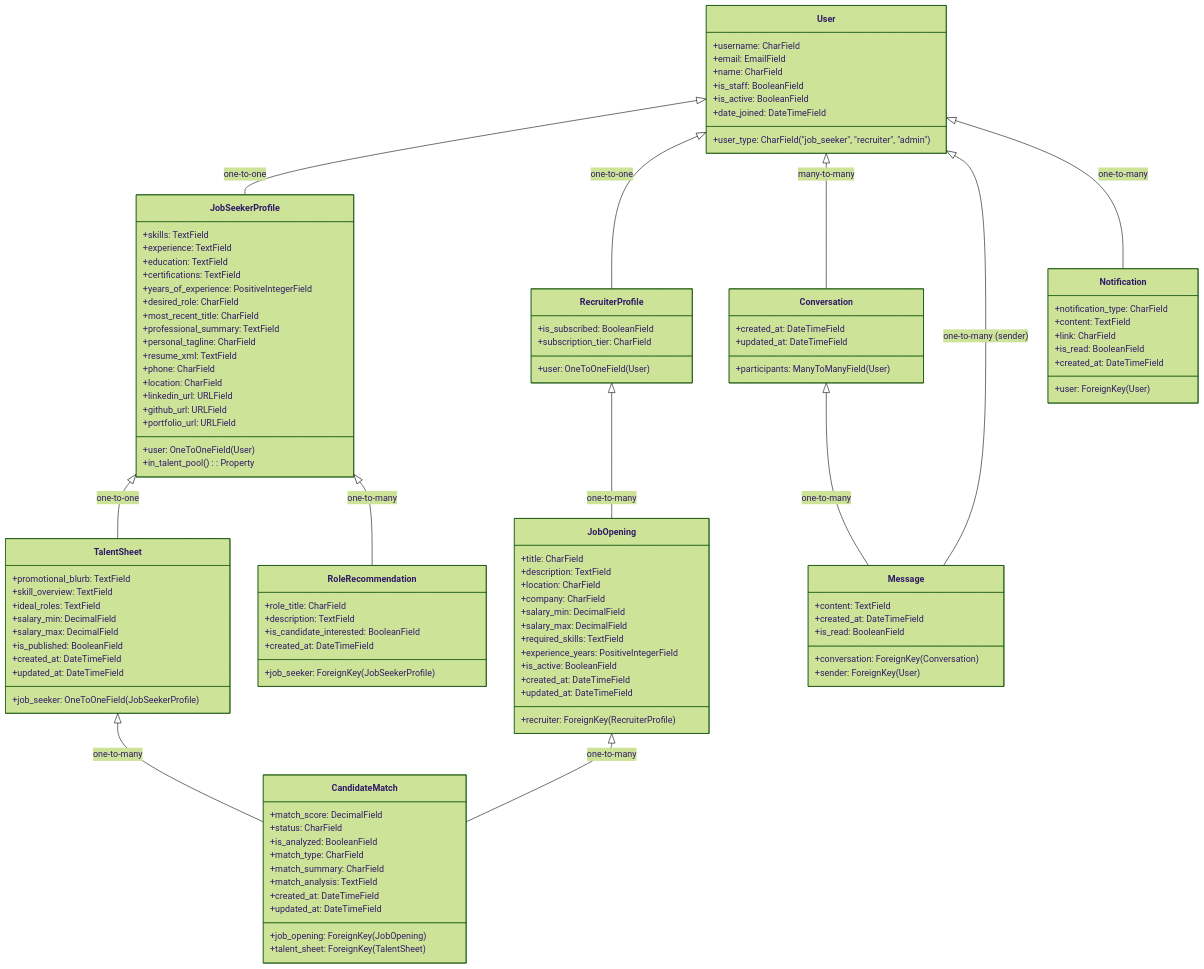
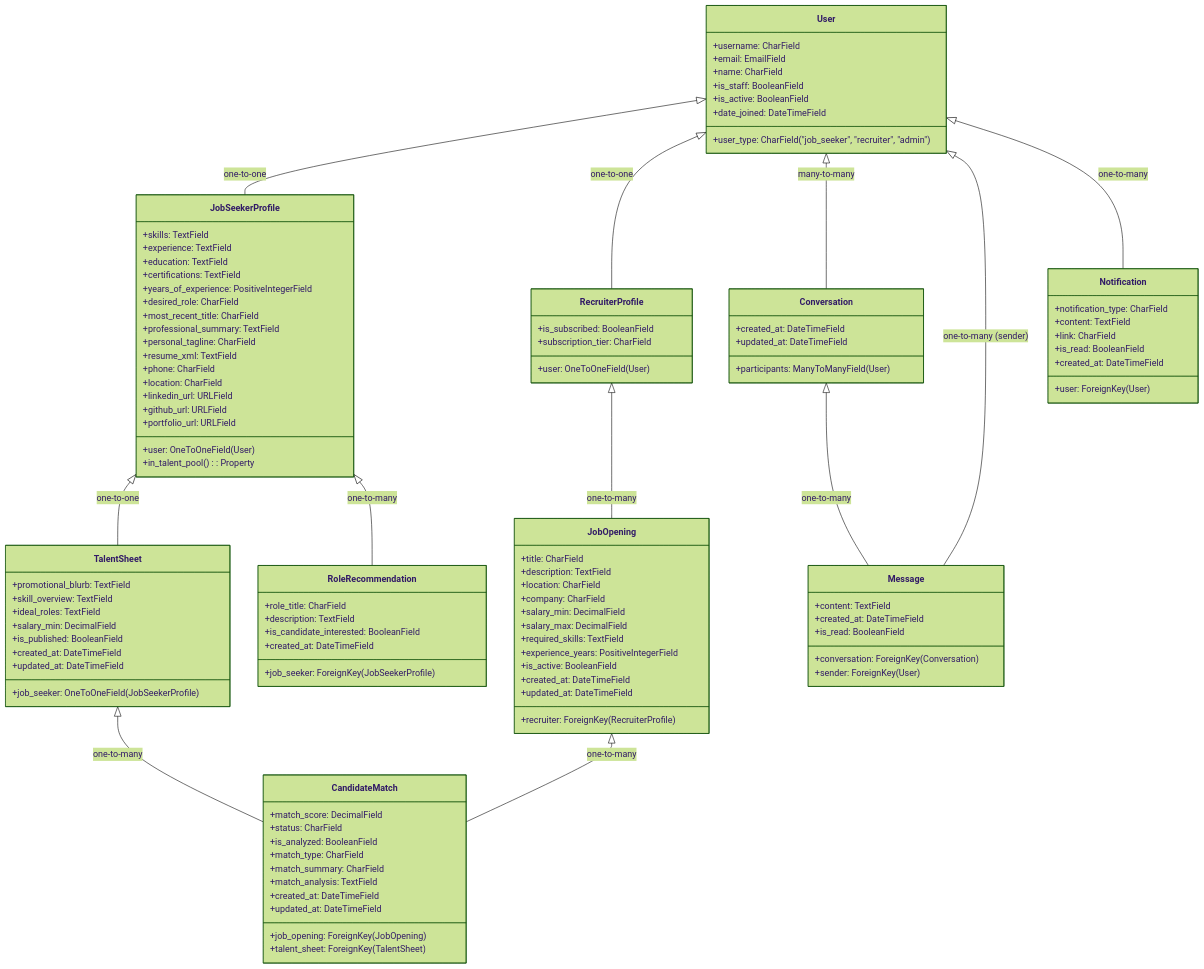
One commit to btfranklin/hiredar-saas-archive changed the diagram in docs/MODELS.md. Above: the diagram before and after it, drawn with Mermaid (forest theme). The commit also changed other lines of this file and 3 other files, not shown here.

First line of the commit message:
Remove salary_max field from TalentSheet model and update admin interface accordingly

```diff
--- a/docs/MODELS.md
+++ b/docs/MODELS.md
@@ -96,7 +96,6 @@
         +skill_overview: TextField
         +ideal_roles: TextField
         +salary_min: DecimalField
-        +salary_max: DecimalField
         +is_published: BooleanField
         +created_at: DateTimeField
         +updated_at: DateTimeField
```
